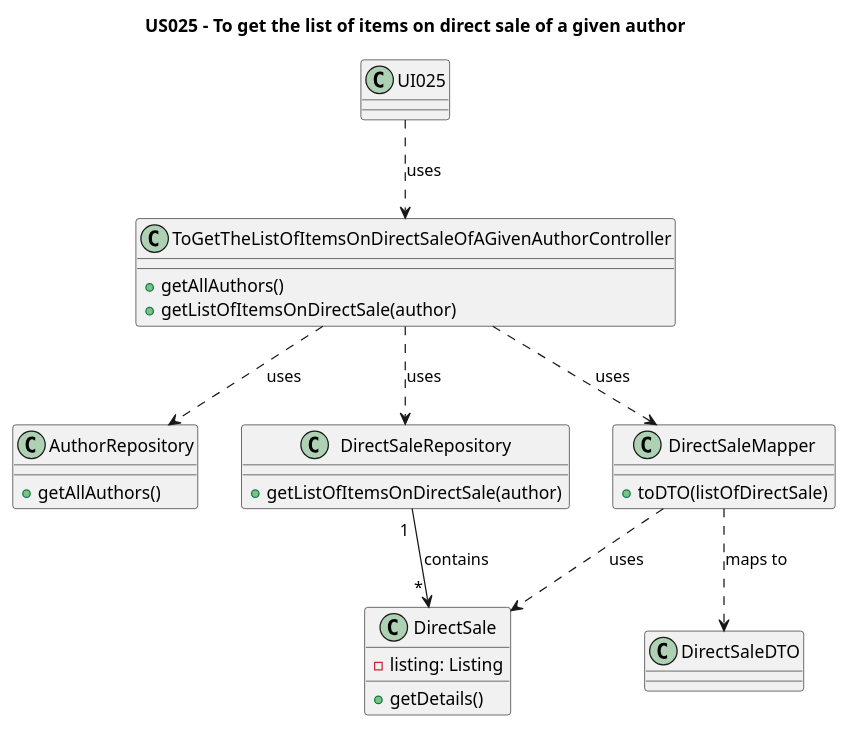
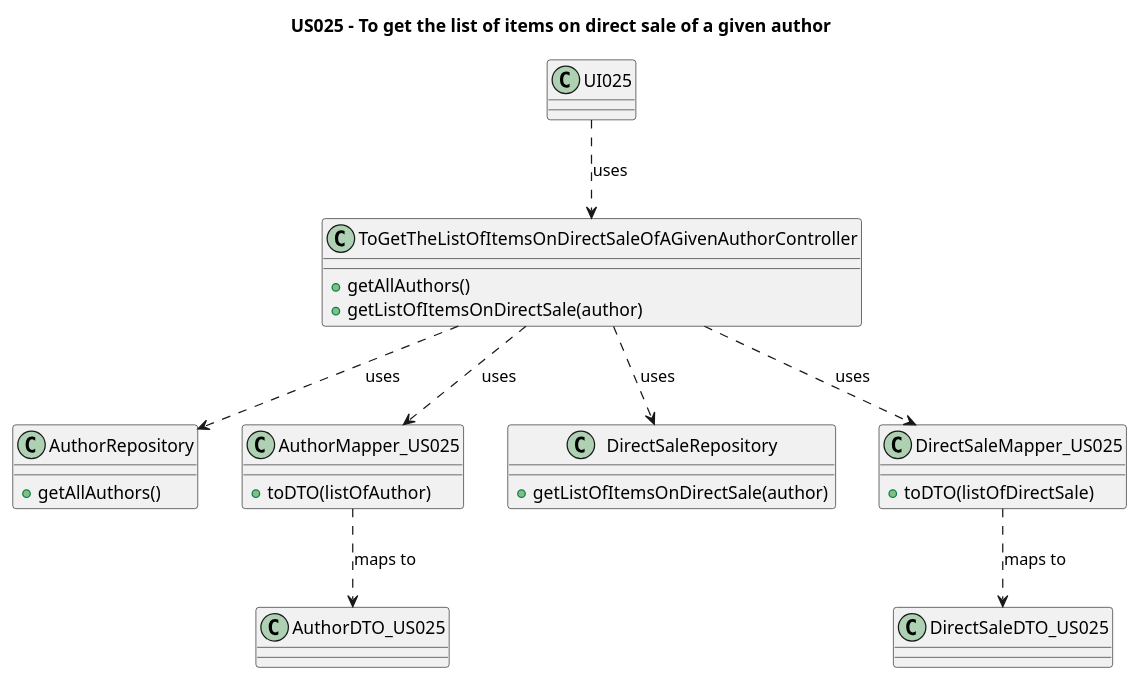
The diagram in Diagrams/ClassDiagrams/US025-to-get-the-list-of-items-on-direct-sale-of-a-given-author.puml (AndrePereiraGitH/SWitCH-Project-Team_A), drawn with PlantUML before and after one commit. The commit also changed 2 other files, not shown here.

```diff
--- a/Diagrams/ClassDiagrams/US025-to-get-the-list-of-items-on-direct-sale-of-a-given-author.puml
+++ b/Diagrams/ClassDiagrams/US025-to-get-the-list-of-items-on-direct-sale-of-a-given-author.puml
@@ -1,80 +1,91 @@
 @startuml
 title US025 - To get the list of items on direct sale of a given author
 
 class UI025{
 
 }
 
 class ToGetTheListOfItemsOnDirectSaleOfAGivenAuthorController {
   +getAllAuthors()
   +getListOfItemsOnDirectSale(author)
 }
 
 class AuthorRepository{
     +getAllAuthors()
 }
 
+class AuthorDTO_US025 {
+}
+
+class AuthorMapper_US025 {
+  +toDTO(listOfAuthor)
+}
+
 class DirectSaleRepository {
   +getListOfItemsOnDirectSale(author)
 }
 
+/'
 class DirectSale {
   - listing: Listing
   +getDetails()
 }
+'/
 
-class DirectSaleMapper {
+class DirectSaleMapper_US025 {
   +toDTO(listOfDirectSale)
 }
 
-class DirectSaleDTO {
+class DirectSaleDTO_US025 {
 }
 
 /'
 class Listing {
   - item: Item
   - saleType: SaleType
 }
 
 enum SaleType {
     DIRECT_SALE
     AUCTION
 }
 
 'class Item {
 '    - bibliographicalData: BibliographicalData
 '}
 
 class Item {
-    - publication: publication
+    - author: author
 }
 
-class Publication {
+class author {
     - bibliographicalData: BibliographicalData
     - code: Code
 }
 
 class BibliographicalData {
     - title: String
 }
 '/
 
 ' Interactions
 
 UI025 ..> ToGetTheListOfItemsOnDirectSaleOfAGivenAuthorController : uses
 ToGetTheListOfItemsOnDirectSaleOfAGivenAuthorController ..> DirectSaleRepository : uses
 ToGetTheListOfItemsOnDirectSaleOfAGivenAuthorController ..> AuthorRepository: uses
-DirectSaleRepository "1 " --> " * " DirectSale : contains
-ToGetTheListOfItemsOnDirectSaleOfAGivenAuthorController ..> DirectSaleMapper : uses
-DirectSaleMapper ..> DirectSaleDTO : maps to
-DirectSaleMapper ..> DirectSale : uses
+AuthorMapper_US025 ..> AuthorDTO_US025 : maps to
+'DirectSaleRepository "1 " --> " * " DirectSale : contains
+ToGetTheListOfItemsOnDirectSaleOfAGivenAuthorController ..> DirectSaleMapper_US025 : uses
+DirectSaleMapper_US025 ..> DirectSaleDTO_US025 : maps to
+'DirectSaleMapper_US025 ..> DirectSale : uses
+ToGetTheListOfItemsOnDirectSaleOfAGivenAuthorController ..> AuthorMapper_US025 : uses
 /'
 DirectSale "1" -- "1" Listing : uses
 Listing "                                *" -- "1" SaleType : can be sold by
 Listing "1" -- "1..*    " Item : lists an
 ' Item "*" -- "1" BibliographicalData: has
-Item "*" -- "1" Publication: refers to a
-Publication "*" -- "1" BibliographicalData: has
+Item "*" -- "1" author: refers to a
+author "*" -- "1" BibliographicalData: has
 '/
 
 @enduml
```
